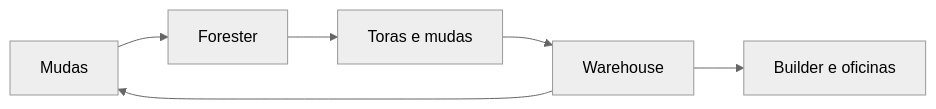
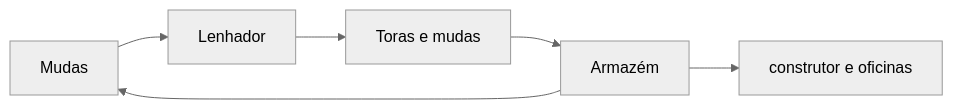
The first of 2 diagrams in content/06 - Recursos e Produção/Cadeias de produção.md (addandias/minecolonies-vault), drawn with Mermaid (neutral theme) before and after one commit. The commit also changed other lines of this file and 127 other files, not shown here.

````diff
--- a/content/06 - Recursos e Produção/Cadeias de produção.md
+++ b/content/06 - Recursos e Produção/Cadeias de produção.md
@@ -12,8 +12,8 @@
 ```mermaid
 flowchart LR
-    A["Mudas"] --> B["Forester"]
+    A["Mudas"] --> B["Lenhador"]
     B --> C["Toras e mudas"]
-    C --> D["Warehouse"]
-    D --> E["Builder e oficinas"]
+    C --> D["Armazém"]
+    D --> E["construtor e oficinas"]
     D --> A
 ```
````
